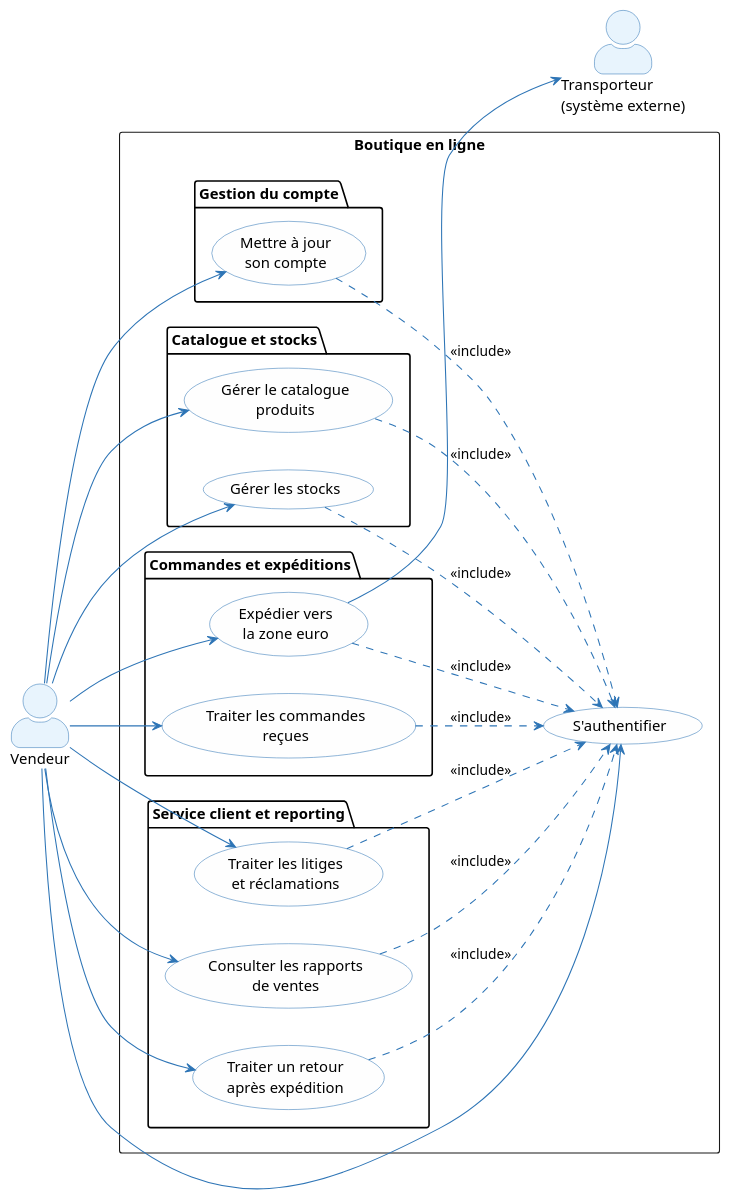
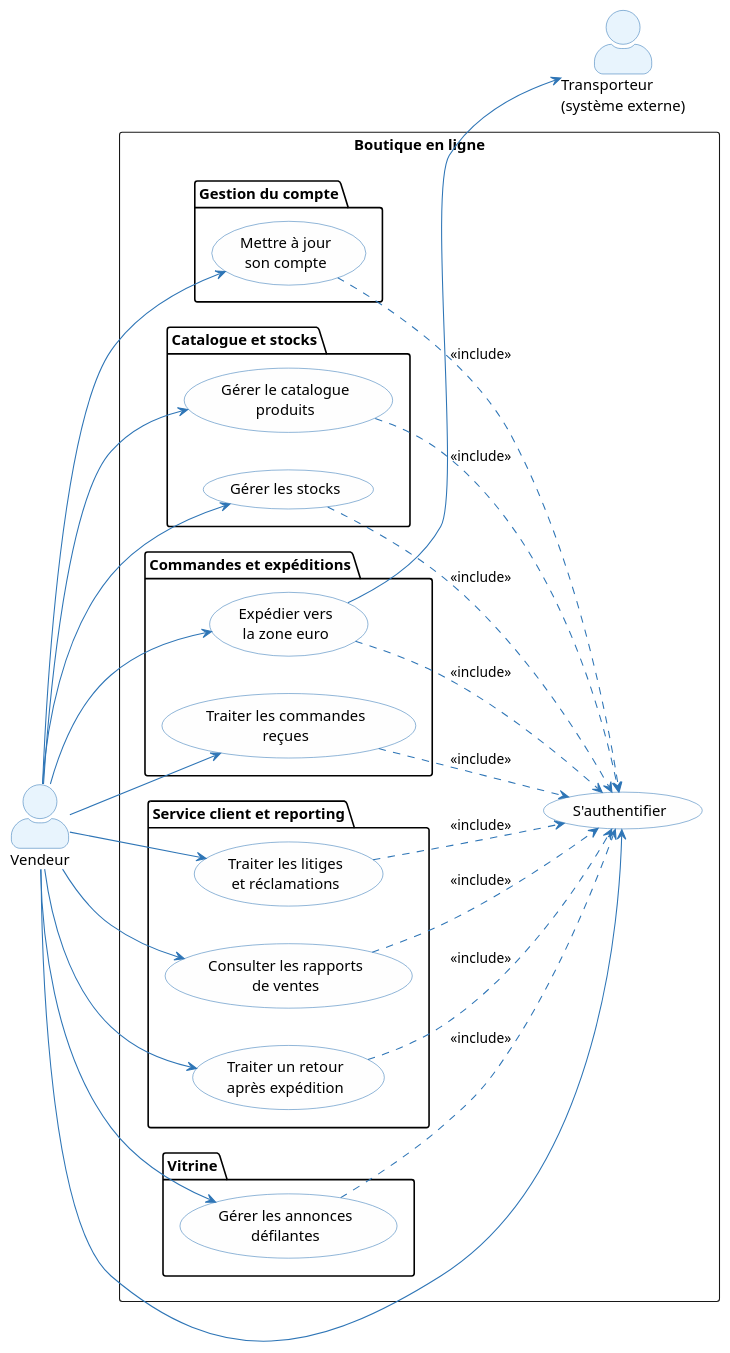
One commit to louistalvande/online_shop changed the second of 5 diagrams in architecture/01-operational-analysis/oa.adoc. Above: the diagram before and after it, drawn with PlantUML. The commit also changed other lines of this file and 11 other files, not shown here.

```diff
--- a/architecture/01-operational-analysis/oa.adoc
+++ b/architecture/01-operational-analysis/oa.adoc
@@ -128,57 +128,62 @@
 [plantuml, oa-uc-vendor, svg]
 ----
 skinparam actorStyle awesome
 skinparam usecase {
   BackgroundColor #FEFEFE
   BorderColor #2E75B6
   ArrowColor #2E75B6
 }
 skinparam actor {
   BackgroundColor #E8F4FD
   BorderColor #2E75B6
 }
 
 left to right direction
 
 actor "Vendeur" as Vendor
 actor "Transporteur\n(système externe)" as Carrier
 
 rectangle "Boutique en ligne" {
   usecase (S'authentifier) as UC_V_AUTH
   package "Gestion du compte" {
     usecase (Mettre à jour\nson compte) as UC_V0
   }
   package "Catalogue et stocks" {
     usecase (Gérer le catalogue\nproduits) as UC_V1
     usecase (Gérer les stocks) as UC_V2
   }
   package "Commandes et expéditions" {
     usecase (Traiter les commandes\nreçues) as UC_V3
     usecase (Expédier vers\nla zone euro) as UC_V4
   }
   package "Service client et reporting" {
     usecase (Traiter les litiges\net réclamations) as UC_V5
     usecase (Consulter les rapports\nde ventes) as UC_V6
     usecase (Traiter un retour\naprès expédition) as UC_V8
   }
+  package "Vitrine" {
+    usecase (Gérer les annonces\ndéfilantes) as UC_V9
+  }
 }
 
 Vendor --> UC_V_AUTH
 Vendor --> UC_V0
 Vendor --> UC_V1
 Vendor --> UC_V2
 Vendor --> UC_V3
 Vendor --> UC_V4
 Vendor --> UC_V5
 Vendor --> UC_V6
 Vendor --> UC_V8
+Vendor --> UC_V9
 UC_V0 ..> UC_V_AUTH : <<include>>
 UC_V1 ..> UC_V_AUTH : <<include>>
 UC_V2 ..> UC_V_AUTH : <<include>>
 UC_V3 ..> UC_V_AUTH : <<include>>
 UC_V4 ..> UC_V_AUTH : <<include>>
 UC_V5 ..> UC_V_AUTH : <<include>>
 UC_V6 ..> UC_V_AUTH : <<include>>
 UC_V8 ..> UC_V_AUTH : <<include>>
+UC_V9 ..> UC_V_AUTH : <<include>>
 UC_V4 --> Carrier
 ----
```
